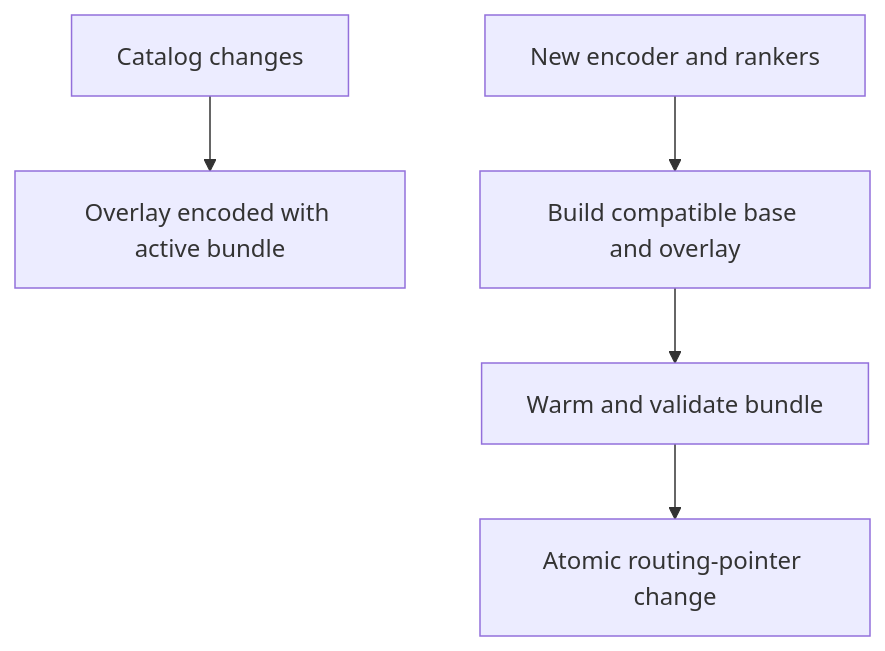
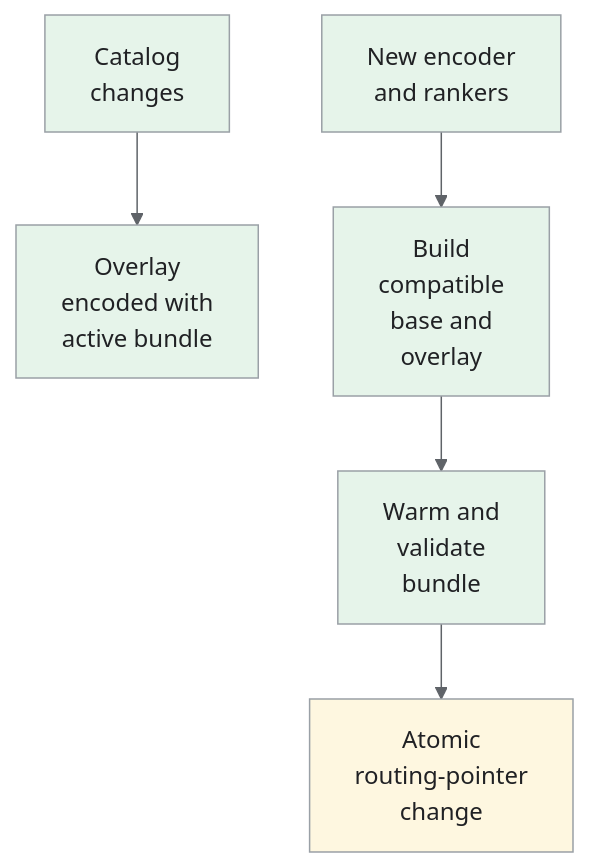
One commit to iliazlobin/iliazlobin.github.io changed the fifth of 6 diagrams in _designs/product-recommendations.md. Above: the diagram before and after it, drawn with Mermaid. The commit also changed other lines of this file and 131 other files, not shown here.

````diff
--- a/_designs/product-recommendations.md
+++ b/_designs/product-recommendations.md
@@ -256,7 +330,14 @@
 ```mermaid
+%%{init: {'theme':'base','themeVariables':{'primaryColor':'#e8f0fe','primaryTextColor':'#202124','primaryBorderColor':'#9aa0a6','lineColor':'#5f6368','secondaryColor':'#e6f4ea','tertiaryColor':'#fef7e0','actorBkg':'#e8f0fe','actorBorder':'#9aa0a6','actorTextColor':'#202124','noteBkgColor':'#fef7e0','noteTextColor':'#202124','noteBorderColor':'#9aa0a6','signalColor':'#5f6368','signalTextColor':'#202124','labelBoxBkgColor':'#fef7e0','labelBoxBorderColor':'#9aa0a6'}}}%%
 flowchart TB
-    C["Catalog changes"] --> O["Overlay encoded with active bundle"]
-    B["New encoder and rankers"] --> I["Build compatible base and overlay"]
-    I --> V["Warm and validate bundle"]
-    V --> R["Atomic routing-pointer change"]
+    C["Catalog<br>changes"] --> O["Overlay<br>encoded with<br>active bundle"]
+    B["New encoder<br>and rankers"] --> I["Build<br>compatible<br>base and<br>overlay"]
+    I --> V["Warm and<br>validate<br>bundle"]
+    V --> R["Atomic<br>routing-pointer<br>change"]
+classDef request fill:#e8f0fe,stroke:#9aa0a6,color:#202124;
+classDef data fill:#e6f4ea,stroke:#9aa0a6,color:#202124;
+classDef control fill:#fef7e0,stroke:#9aa0a6,color:#202124;
+class C,O,B,I,V data;
+class R control;
+
 ```
````
